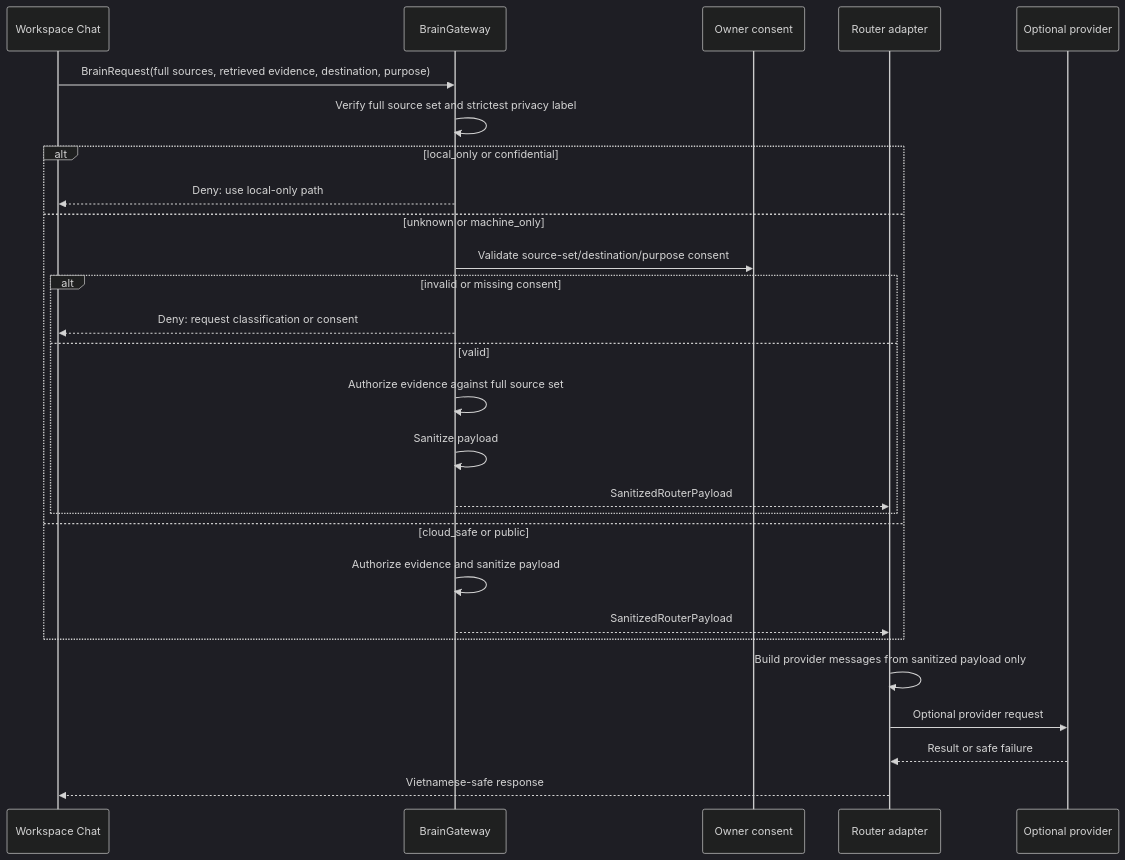
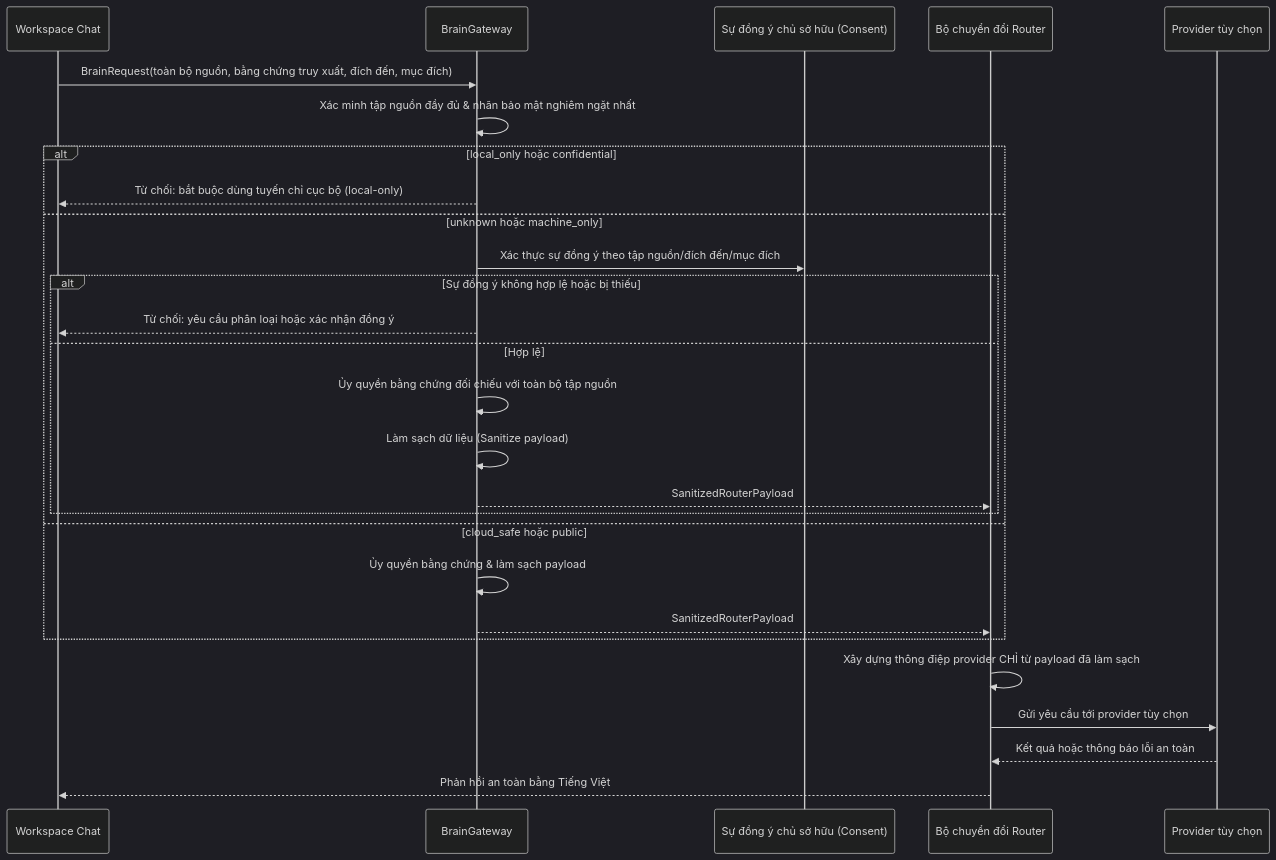
Before and after one commit to Nakazasen/AIOS_habbit: the diagram in docs/architecture/sequences/CLOUD_PREFLIGHT.md, drawn with Mermaid (dark theme). The commit also changed other lines of this file and 419 other files, not shown here.

First line of the commit message:
docs(understand): add localized knowledge graph and update documentation

````diff
--- a/docs/architecture/sequences/CLOUD_PREFLIGHT.md
+++ b/docs/architecture/sequences/CLOUD_PREFLIGHT.md
@@ -8,29 +8,29 @@
 ```mermaid
 sequenceDiagram
     participant UI as Workspace Chat
     participant G as BrainGateway
-    participant O as Owner consent
-    participant A as Router adapter
-    participant P as Optional provider
-    UI->>G: BrainRequest(full sources, retrieved evidence, destination, purpose)
-    G->>G: Verify full source set and strictest privacy label
-    alt local_only or confidential
-        G-->>UI: Deny: use local-only path
-    else unknown or machine_only
-        G->>O: Validate source-set/destination/purpose consent
-        alt invalid or missing consent
-            G-->>UI: Deny: request classification or consent
-        else valid
-            G->>G: Authorize evidence against full source set
-            G->>G: Sanitize payload
+    participant O as Sự đồng ý chủ sở hữu (Consent)
+    participant A as Bộ chuyển đổi Router
+    participant P as Provider tùy chọn
+    UI->>G: BrainRequest(toàn bộ nguồn, bằng chứng truy xuất, đích đến, mục đích)
+    G->>G: Xác minh tập nguồn đầy đủ & nhãn bảo mật nghiêm ngặt nhất
+    alt local_only hoặc confidential
+        G-->>UI: Từ chối: bắt buộc dùng tuyến chỉ cục bộ (local-only)
+    else unknown hoặc machine_only
+        G->>O: Xác thực sự đồng ý theo tập nguồn/đích đến/mục đích
+        alt Sự đồng ý không hợp lệ hoặc bị thiếu
+            G-->>UI: Từ chối: yêu cầu phân loại hoặc xác nhận đồng ý
+        else Hợp lệ
+            G->>G: Ủy quyền bằng chứng đối chiếu với toàn bộ tập nguồn
+            G->>G: Làm sạch dữ liệu (Sanitize payload)
             G-->>A: SanitizedRouterPayload
         end
-    else cloud_safe or public
-        G->>G: Authorize evidence and sanitize payload
+    else cloud_safe hoặc public
+        G->>G: Ủy quyền bằng chứng & làm sạch payload
         G-->>A: SanitizedRouterPayload
     end
-    A->>A: Build provider messages from sanitized payload only
-    A->>P: Optional provider request
-    P-->>A: Result or safe failure
-    A-->>UI: Vietnamese-safe response
+    A->>A: Xây dựng thông điệp provider CHỈ từ payload đã làm sạch
+    A->>P: Gửi yêu cầu tới provider tùy chọn
+    P-->>A: Kết quả hoặc thông báo lỗi an toàn
+    A-->>UI: Phản hồi an toàn bằng Tiếng Việt
 ```
````
